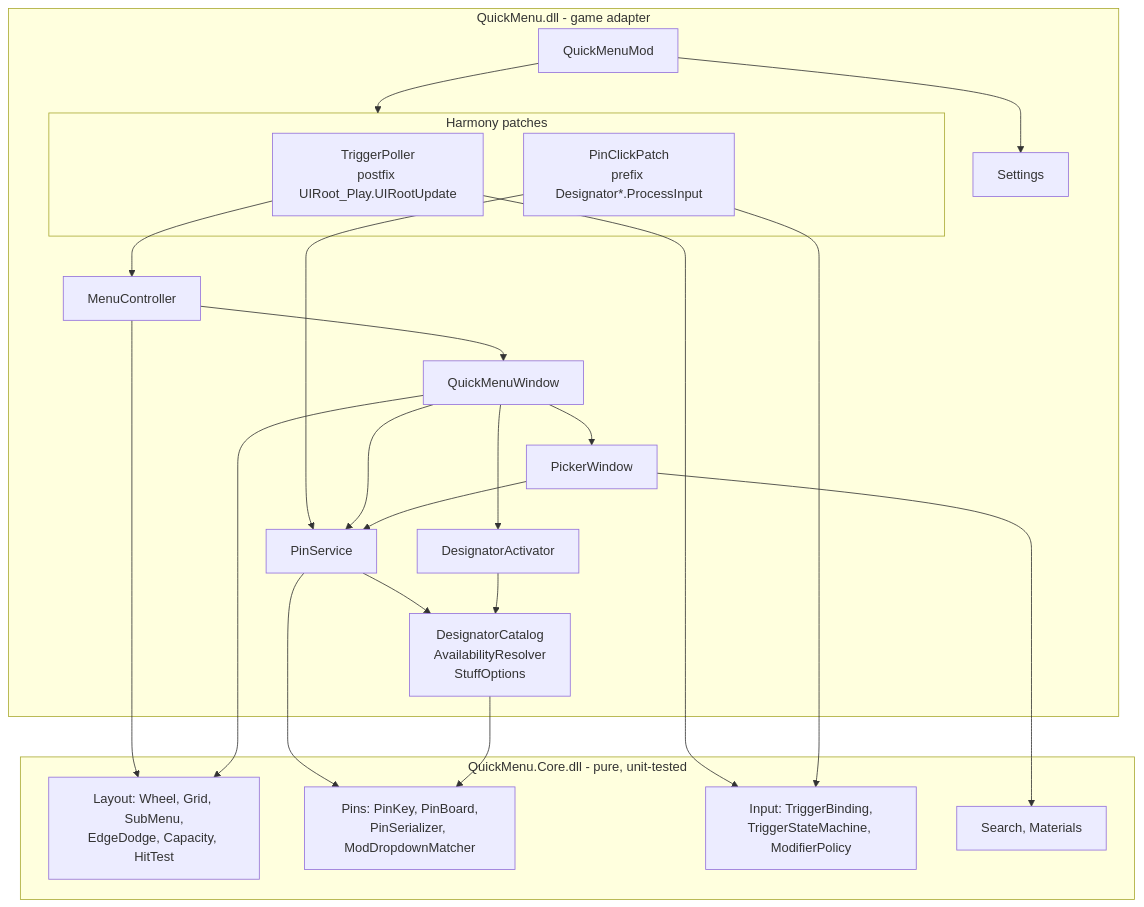
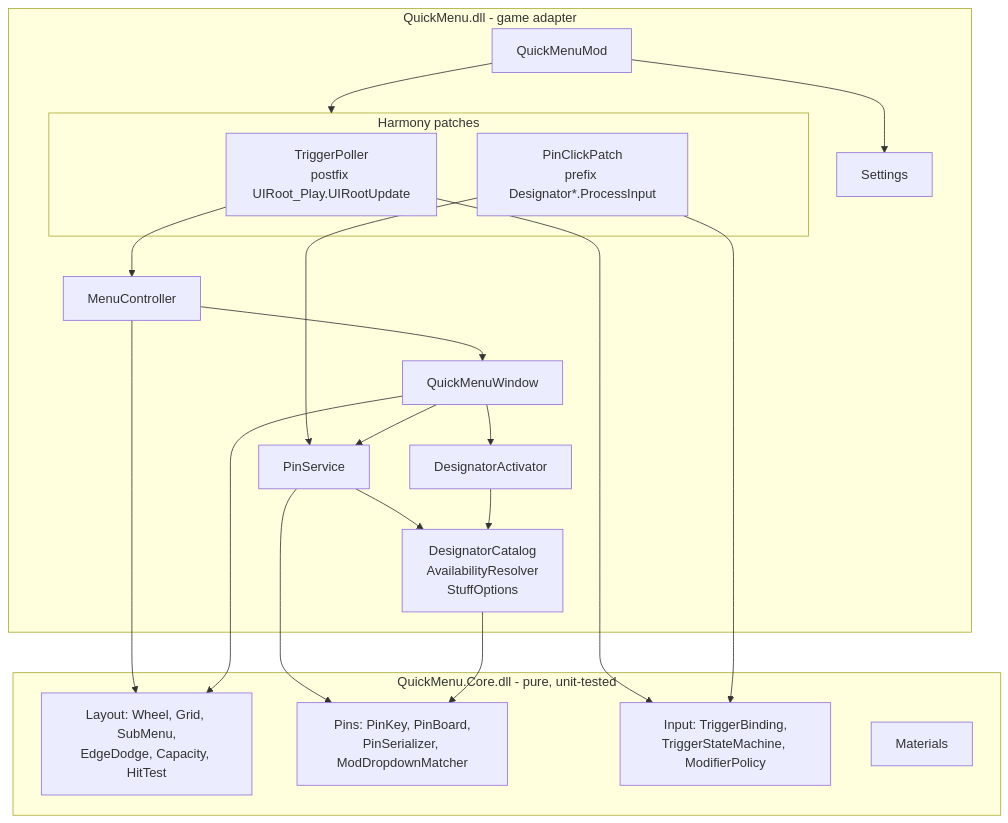
One commit to Sixdd6/rimworld-quick-menu changed the second of 5 diagrams in docs/project/architecture.md. Above: the diagram before and after it, drawn with Mermaid. The commit also changed other lines of this file and 3 other files, not shown here.

Commit message:
docs: remove picker, Add and insert cursor from design and architecture (user decision)

````diff
--- a/docs/project/architecture.md
+++ b/docs/project/architecture.md
@@ -101,33 +99,30 @@
 ```mermaid
 flowchart TB
   subgraph QuickMenu.dll [QuickMenu.dll - game adapter]
     Mod[QuickMenuMod] --> Settings
     Mod --> Patches
     subgraph Patches[Harmony patches]
       TP[TriggerPoller<br/>postfix UIRoot_Play.UIRootUpdate]
       PC[PinClickPatch<br/>prefix Designator*.ProcessInput]
     end
     TP --> MC[MenuController]
     MC --> W[QuickMenuWindow]
     W --> ACT[DesignatorActivator]
-    W --> PK[PickerWindow]
     PC --> PS[PinService]
     W --> PS
-    PK --> PS
     PS --> CAT[DesignatorCatalog<br/>AvailabilityResolver<br/>StuffOptions]
     ACT --> CAT
   end
   subgraph Core[QuickMenu.Core.dll - pure, unit-tested]
     L[Layout: Wheel, Grid, SubMenu,<br/>EdgeDodge, Capacity, HitTest]
     P[Pins: PinKey, PinBoard,<br/>PinSerializer, ModDropdownMatcher]
     I[Input: TriggerBinding,<br/>TriggerStateMachine, ModifierPolicy]
-    S[Search, Materials]
+    S[Materials]
   end
   MC --> L
   W --> L
   PS --> P
   TP --> I
   PC --> I
-  PK --> S
   CAT --> P
 ```
````
